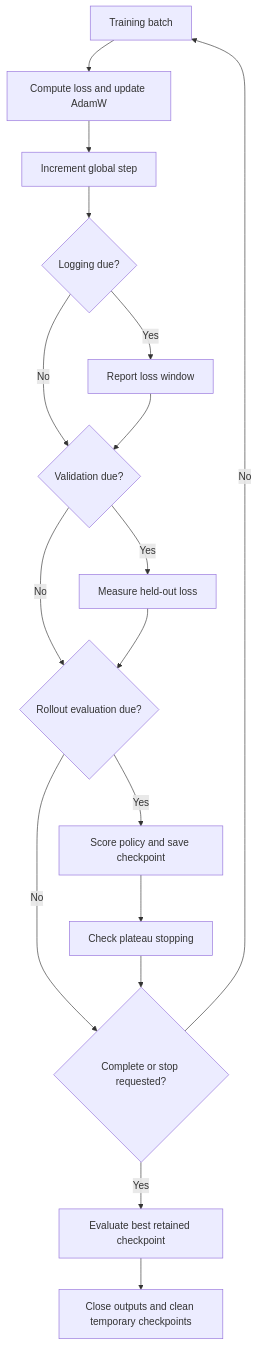
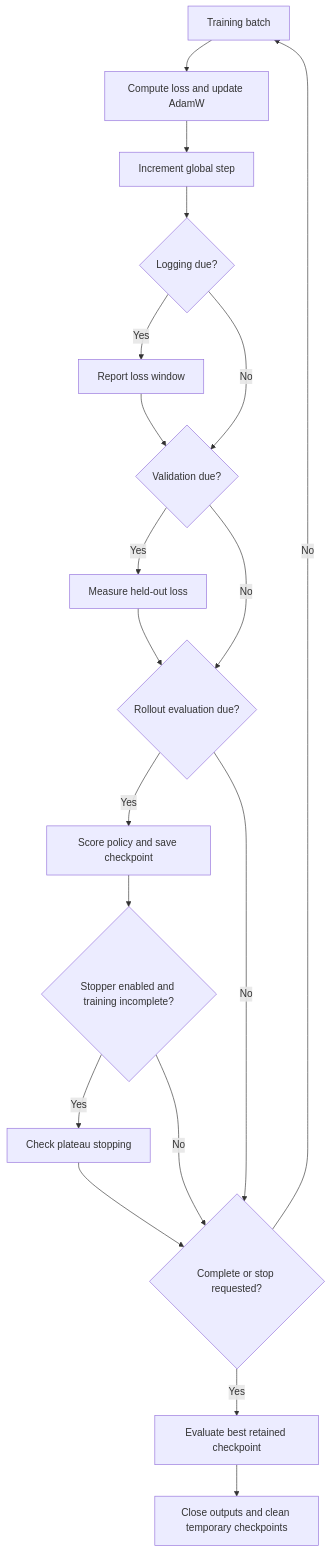
One commit to 00arun00/cs285_deep_rl_berkley changed the diagram in docs/hw1/concepts/training-lifecycle.md. Above: the diagram before and after it, drawn with Mermaid. The commit also changed 3 other files, not shown here.

Commit message:
docs: clarify data, training, evaluation and policy diagrams

````diff
--- a/docs/hw1/concepts/training-lifecycle.md
+++ b/docs/hw1/concepts/training-lifecycle.md
@@ -18,19 +18,21 @@
 ```mermaid
 flowchart TD
     A[Training batch] --> B[Compute loss and update AdamW]
     B --> C[Increment global step]
     C --> D{Logging due?}
     D -->|Yes| E[Report loss window]
     D -->|No| F{Validation due?}
     E --> F
     F -->|Yes| G[Measure held-out loss]
     F -->|No| H{Rollout evaluation due?}
     G --> H
     H -->|Yes| I[Score policy and save checkpoint]
-    I --> J[Check plateau stopping]
+    I --> N{Stopper enabled and training incomplete?}
+    N -->|Yes| J[Check plateau stopping]
+    N -->|No| K
     H -->|No| K{Complete or stop requested?}
     J --> K
     K -->|No| A
     K -->|Yes| L[Evaluate best retained checkpoint]
     L --> M[Close outputs and clean temporary checkpoints]
 ```
````
